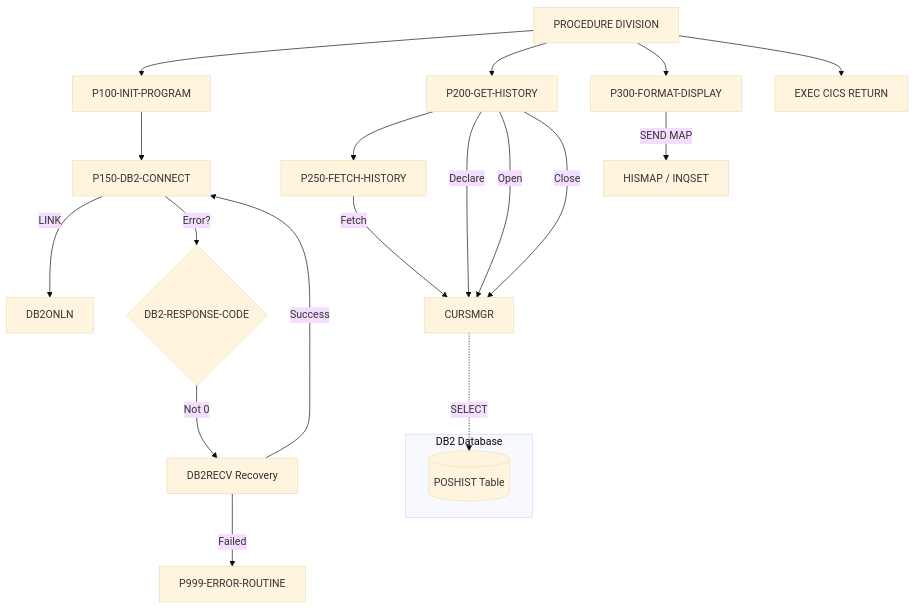
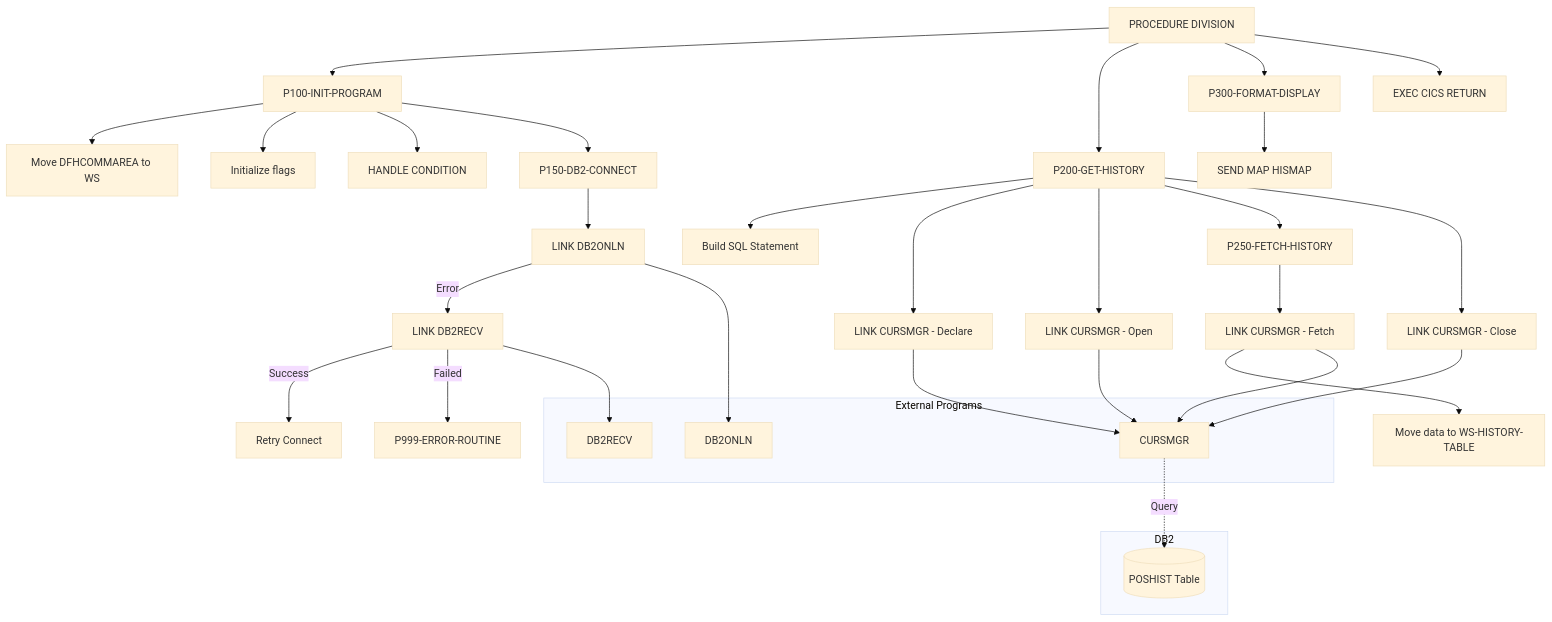
One commit to haladir-com/legacy-benchmark-docs-vb70e1 changed the diagram in docs/programs/INQHIST.mdx. Above: the diagram before and after it, drawn with Mermaid (base theme). The commit also changed other lines of this file and 63 other files, not shown here.

````diff
--- a/docs/programs/INQHIST.mdx
+++ b/docs/programs/INQHIST.mdx
@@ -19,28 +20,43 @@
 ```mermaid
 graph TD
     A[PROCEDURE DIVISION] --> B[P100-INIT-PROGRAM]
-    B --> C[P150-DB2-CONNECT]
-    A --> D[P200-GET-HISTORY]
-    D --> E[P250-FETCH-HISTORY]
-    A --> F[P300-FORMAT-DISPLAY]
-    A --> G[EXEC CICS RETURN]
+    A --> C[P200-GET-HISTORY]
+    A --> D[P300-FORMAT-DISPLAY]
+    A --> E[EXEC CICS RETURN]
     
-    C -->|LINK| H[DB2ONLN]
-    C -->|Error?| I{DB2-RESPONSE-CODE}
-    I -->|Not 0| J[DB2RECV Recovery]
-    J -->|Success| C
-    J -->|Failed| K[P999-ERROR-ROUTINE]
+    B --> B1[Move DFHCOMMAREA to WS]
+    B --> B2[Initialize flags]
+    B --> B3[HANDLE CONDITION]
+    B --> B4[P150-DB2-CONNECT]
     
-    D -->|Declare| L[CURSMGR]
-    D -->|Open| L
-    E -->|Fetch| L
-    D -->|Close| L
+    B4 --> B4A[LINK DB2ONLN]
+    B4A -->|Error| B4B[LINK DB2RECV]
+    B4B -->|Success| B4C[Retry Connect]
+    B4B -->|Failed| B4D[P999-ERROR-ROUTINE]
     
-    F -->|SEND MAP| M[HISMAP / INQSET]
+    C --> C1[Build SQL Statement]
+    C --> C2[LINK CURSMGR - Declare]
+    C --> C3[LINK CURSMGR - Open]
+    C --> C4[P250-FETCH-HISTORY]
+    C --> C5[LINK CURSMGR - Close]
     
-    subgraph "DB2 Database"
-        N[(POSHIST Table)]
+    C4 --> C4A[LINK CURSMGR - Fetch]
+    C4A --> C4B[Move data to WS-HISTORY-TABLE]
+    
+    D --> D1[SEND MAP HISMAP]
+    
+    subgraph "External Programs"
+        EP1[DB2ONLN]
+        EP2[DB2RECV]
+        EP3[CURSMGR]
     end
     
-    L -.->|SELECT| N
+    subgraph "DB2"
+        DB[(POSHIST Table)]
+    end
+    
+    C2 & C3 & C4A & C5 --> EP3
+    B4A --> EP1
+    B4B --> EP2
+    EP3 -.->|Query| DB
 ```
````
